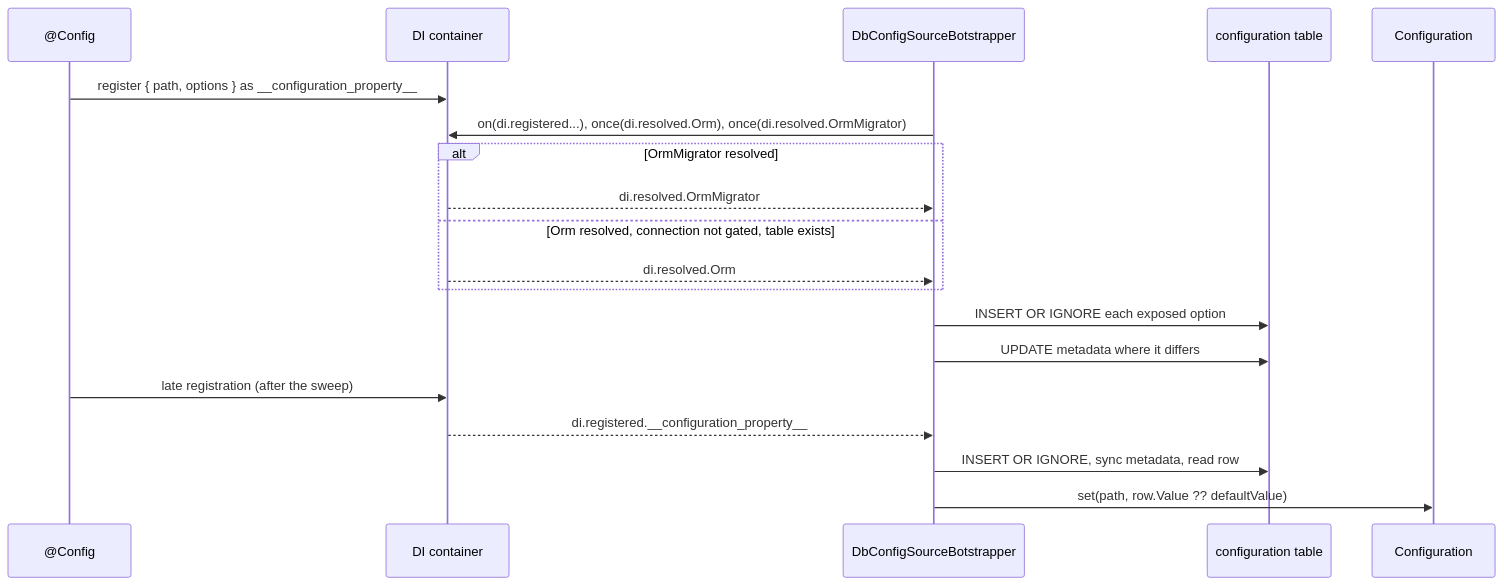
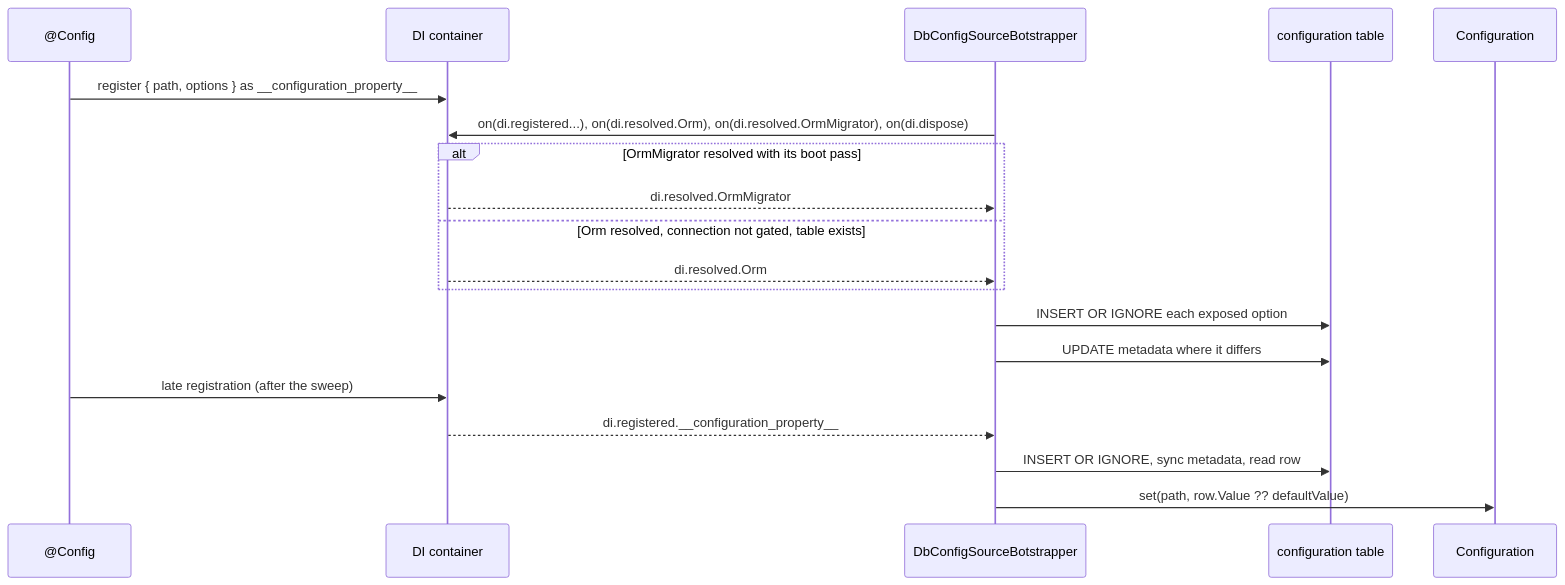
The diagram in docs/configuration-db-source/02-exposing-options.md (spinajs/main), drawn with Mermaid before and after one commit. The commit also changed other lines of this file and 5 other files, not shown here.

First line of the commit message:
fix(configuration-db-source): sweep only after a migrator pass, drop listeners on dispose, re-check a failed sweep

````diff
--- a/docs/configuration-db-source/02-exposing-options.md
+++ b/docs/configuration-db-source/02-exposing-options.md
@@ -32,21 +32,21 @@
 ```mermaid
 sequenceDiagram
   participant D as @Config
   participant DI as DI container
   participant B as DbConfigSourceBotstrapper
   participant DB as configuration table
   participant C as Configuration
   D->>DI: register { path, options } as __configuration_property__
-  B->>DI: on(di.registered...), once(di.resolved.Orm), once(di.resolved.OrmMigrator)
-  alt OrmMigrator resolved
+  B->>DI: on(di.registered...), on(di.resolved.Orm), on(di.resolved.OrmMigrator), on(di.dispose)
+  alt OrmMigrator resolved with its boot pass
     DI-->>B: di.resolved.OrmMigrator
   else Orm resolved, connection not gated, table exists
     DI-->>B: di.resolved.Orm
   end
   B->>DB: INSERT OR IGNORE each exposed option
   B->>DB: UPDATE metadata where it differs
   D->>DI: late registration (after the sweep)
   DI-->>B: di.registered.__configuration_property__
   B->>DB: INSERT OR IGNORE, sync metadata, read row
   B->>C: set(path, row.Value ?? defaultValue)
 ```
````
